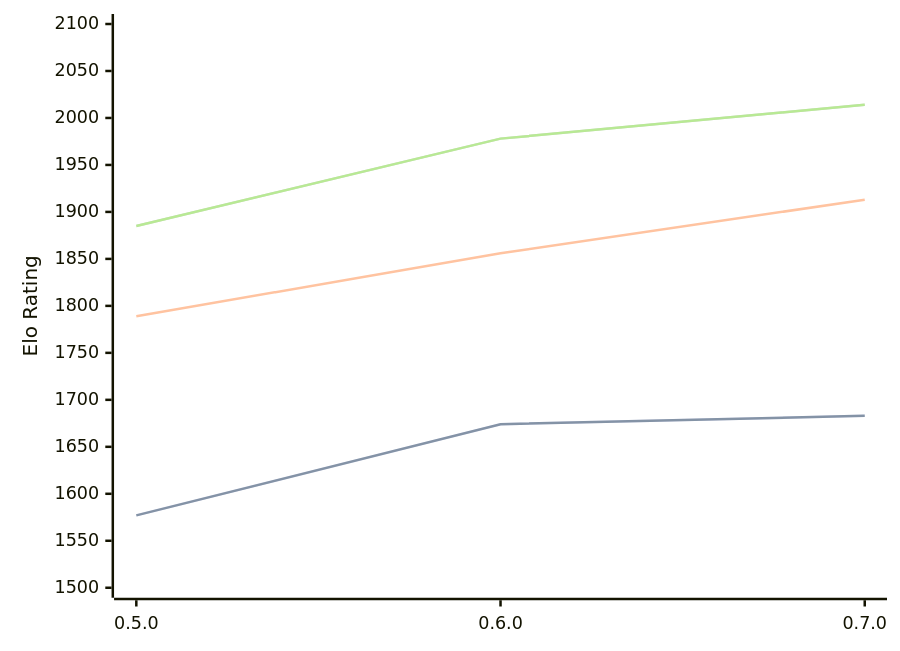
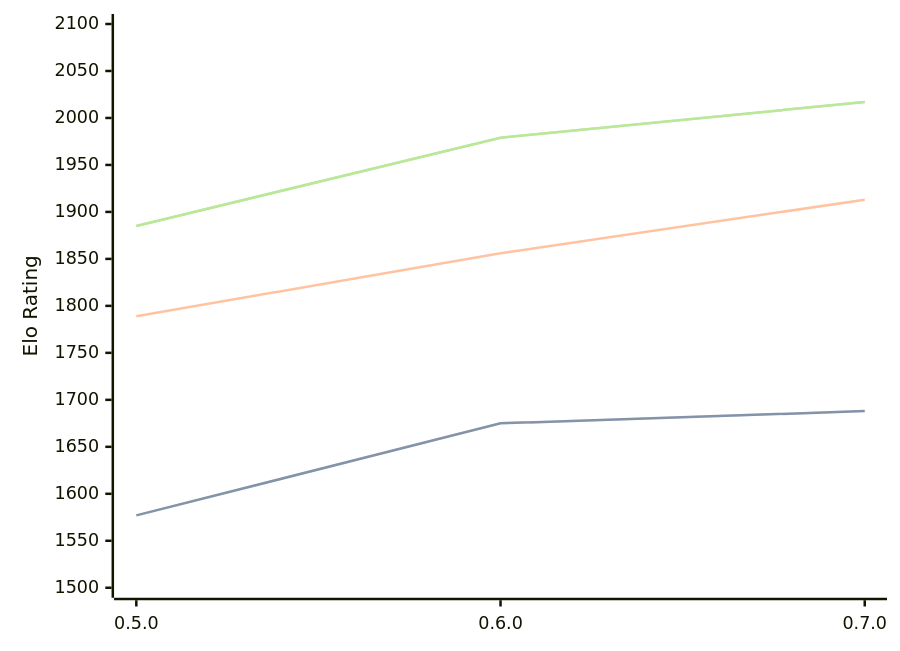
One commit to computer-chess-index/cci changed the diagram in engines/Chess-rs.md. Above: the diagram before and after it, drawn with Mermaid. The commit also changed other lines of this file, not shown here.

Commit message:
Update CCI Ratings (ELO VLTC) - 2026-08-21

````diff
--- a/engines/Chess-rs.md
+++ b/engines/Chess-rs.md
@@ -33,11 +33,11 @@
 ```mermaid
 %%{init: {"theme":"base","themeVariables":{"seriesColors:['#a3a3a3','#222221','#faa371']}}}%%
 xychart-beta
   x-axis ["0.5.0", "0.6.0", "0.7.0"]
   y-axis "Elo Rating" 1500 --> 2100
-  line "STC (8.0+0.08s)" [1577, 1674, 1683]
-  line "STC (8.0+0.08s)" [1577, 1674, 1683]
+  line "STC (8.0+0.08s)" [1577, 1675, 1688]
+  line "STC (8.0+0.08s)" [1577, 1675, 1688]
   line "LTC (60.0+0.60s)" [1789, 1856, 1913]
-  line "VLTC (2m24s+1.12s)" [1885, 1978, 2014]
-  line "VLTC (2m24s+1.12s)" [1885, 1978, 2014]
+  line "VLTC (2m24s+1.12s)" [1885, 1979, 2017]
+  line "VLTC (2m24s+1.12s)" [1885, 1979, 2017]
 ```
````
